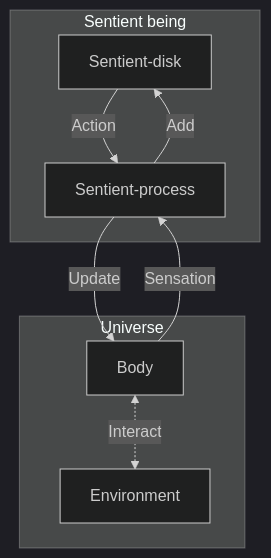
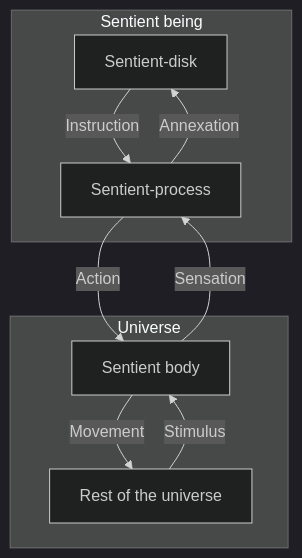
The fourth of 5 diagrams in metaphysics/reality_structure.md (ruanfh/writings), drawn with Mermaid (dark theme) before and after one commit. The commit also changed other lines of this file, not shown here.

````diff
--- a/metaphysics/reality_structure.md
+++ b/metaphysics/reality_structure.md
@@ -84,16 +89,17 @@
 ```mermaid
 flowchart TB
     subgraph S[Sentient being]
         D[Sentient-disk]
         P[Sentient-process]
         end
     subgraph U[Universe]
-        B[Body]
-        E[Environment]
+        B[Sentient body]
+        E[Rest of the universe]
         end
-    D --Action--> P
+    D --Instruction--> P
+    P --Annexation--> D
     B --Sensation--> P
-    P --Add--> D
-    P --Update--> B
-    B <-.Interact.-> E
+    P --Action--> B
+    B --Movement--> E
+    E --Stimulus--> B
 ```
````
